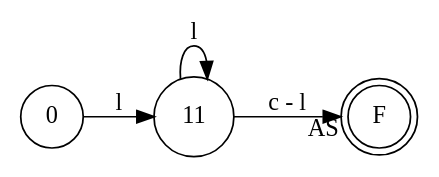
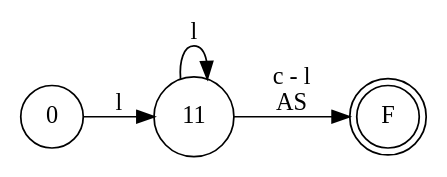
Before and after one commit to iroumec/RouVel-Compiler: the diagram in resources/FA/FADiagrams/reservedWords.dot, drawn with Graphviz. The commit also changed 12 other files, not shown here.

Commit message:
Improvements in Diagrams

```diff
--- a/resources/FA/FADiagrams/reservedWords.dot
+++ b/resources/FA/FADiagrams/reservedWords.dot
@@ -1,15 +1,9 @@
 digraph DFA {
     rankdir = LR;
-    // layout de izquierda a derecha
-    
-    // Estados normales.
     node [shape = circle;];
-    
-    // Estado de aceptación.
     F [shape = doublecircle;];
     
     0 -> 11 [label = "l";];
     11 -> 11 [label = "l";];
-    11 -> F [label = "c - l"; headlabel = "AS";];
-    // Probar con taillabel, xlabel.
+    11 -> F [label = "c - l \n AS";];
 }
```
